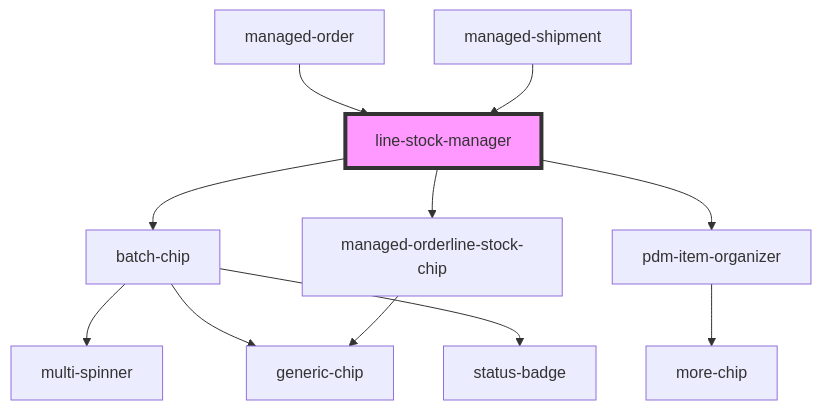
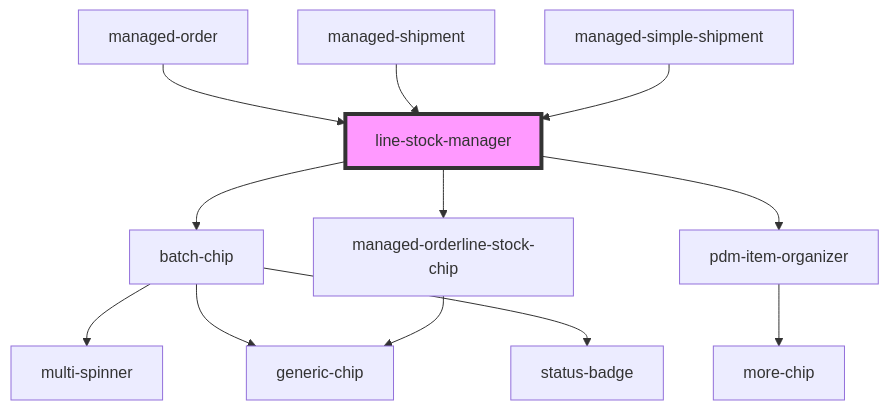
Before and after one commit to PharmaLedger-IMI/fgt-workspace: the diagram in pdm-web-components/src/components/line-stock-manager/readme.md, drawn with Mermaid. The commit also changed other lines of this file and 23 other files, not shown here.

````diff
--- a/pdm-web-components/src/components/line-stock-manager/readme.md
+++ b/pdm-web-components/src/components/line-stock-manager/readme.md
@@ -94,14 +95,15 @@
 ```mermaid
 graph TD;
   line-stock-manager --> batch-chip
   line-stock-manager --> managed-orderline-stock-chip
   line-stock-manager --> pdm-item-organizer
   batch-chip --> multi-spinner
   batch-chip --> generic-chip
   batch-chip --> status-badge
   managed-orderline-stock-chip --> generic-chip
   pdm-item-organizer --> more-chip
   managed-order --> line-stock-manager
   managed-shipment --> line-stock-manager
+  managed-simple-shipment --> line-stock-manager
   style line-stock-manager fill:#f9f,stroke:#333,stroke-width:4px
 ```
````
